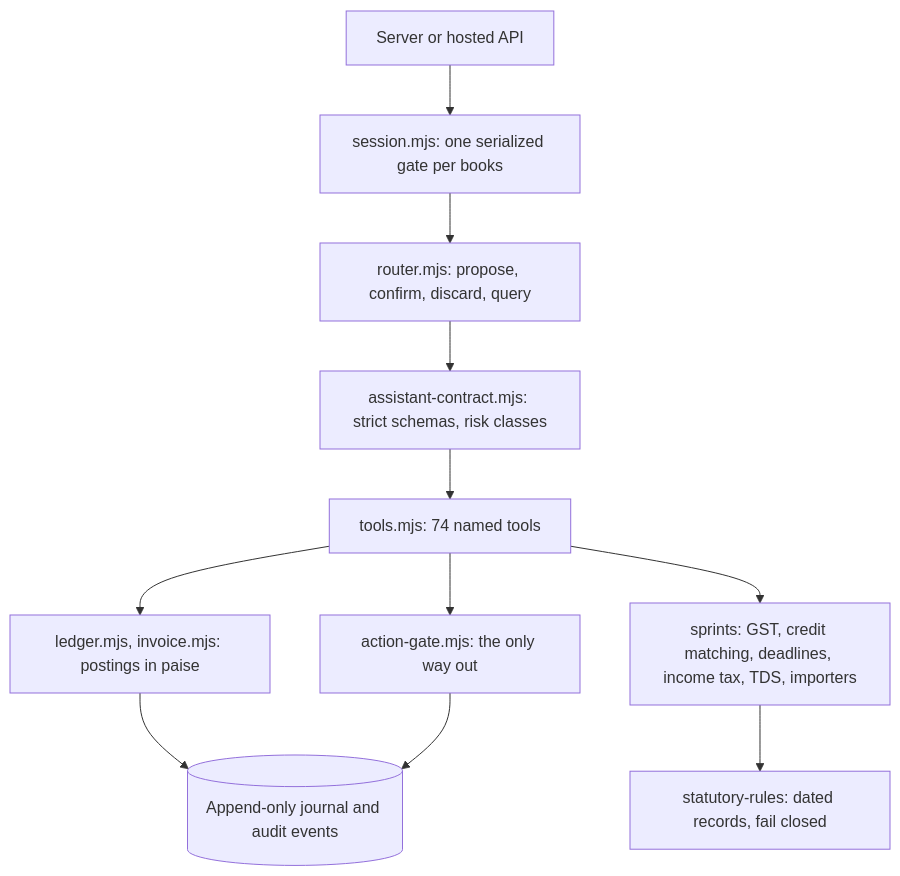
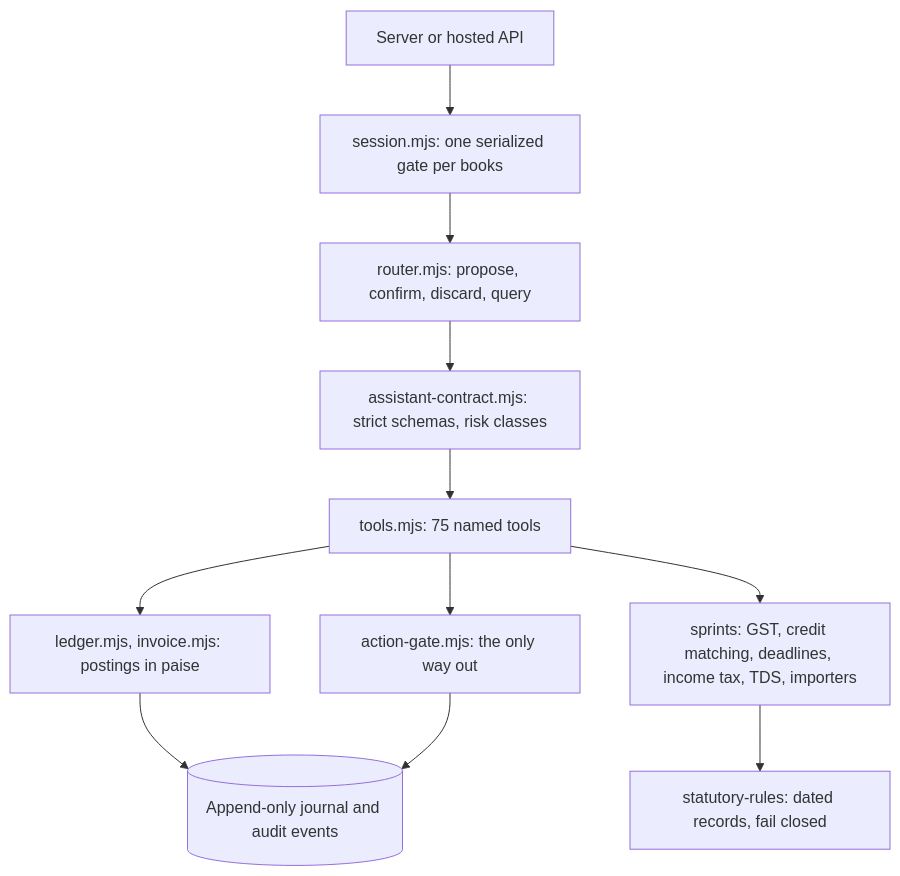
One commit to Vidyuthlabstechnologies/myca changed the second of 3 diagrams in docs/architecture/ARCHITECTURE.md. Above: the diagram before and after it, drawn with Mermaid. The commit also changed other lines of this file and 24 other files, not shown here.

````diff
--- a/docs/architecture/ARCHITECTURE.md
+++ b/docs/architecture/ARCHITECTURE.md
@@ -56,13 +56,13 @@
 ```mermaid
 flowchart TD
   caller[Server or hosted API] --> session[session.mjs: one serialized gate per books]
   session --> router[router.mjs: propose, confirm, discard, query]
   router --> contract[assistant-contract.mjs: strict schemas, risk classes]
-  contract --> tools[tools.mjs: 74 named tools]
+  contract --> tools[tools.mjs: 75 named tools]
   tools --> ledger[ledger.mjs, invoice.mjs: postings in paise]
   tools --> engines[sprints: GST, credit matching, deadlines, income tax, TDS, importers]
   tools --> gate[action-gate.mjs: the only way out]
   engines --> rules[statutory-rules: dated records, fail closed]
   ledger --> journal[(Append-only journal and audit events)]
   gate --> journal
 ```
````
